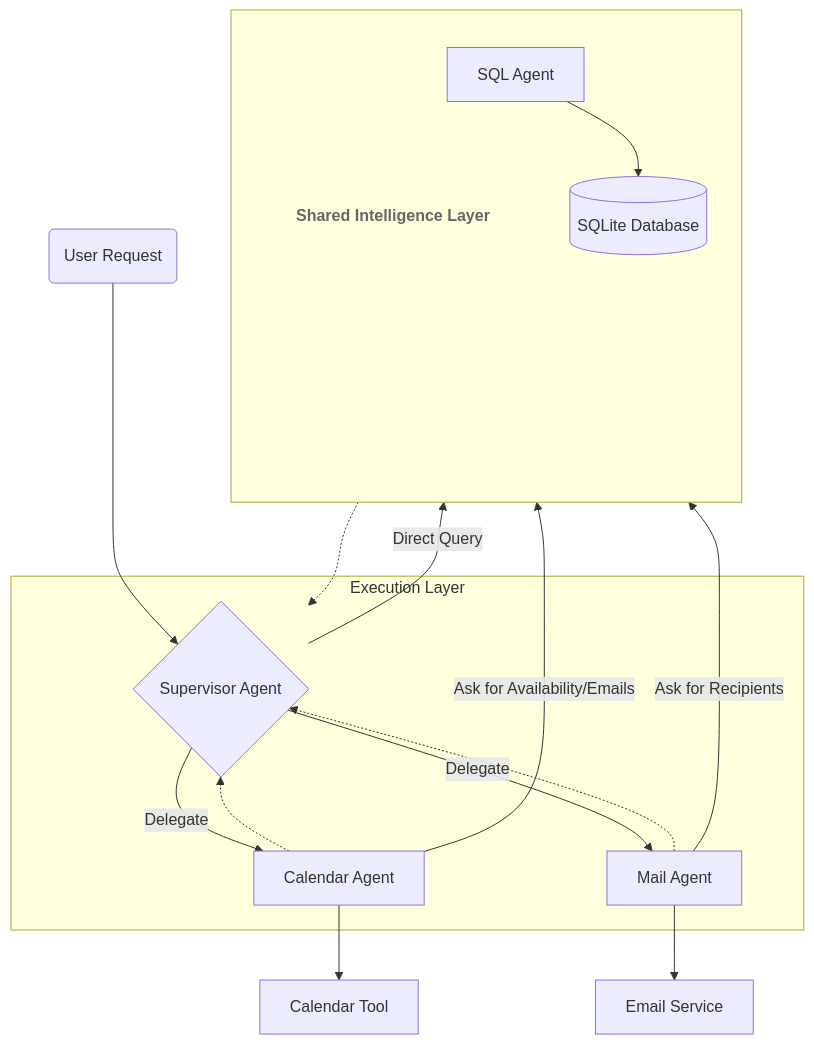
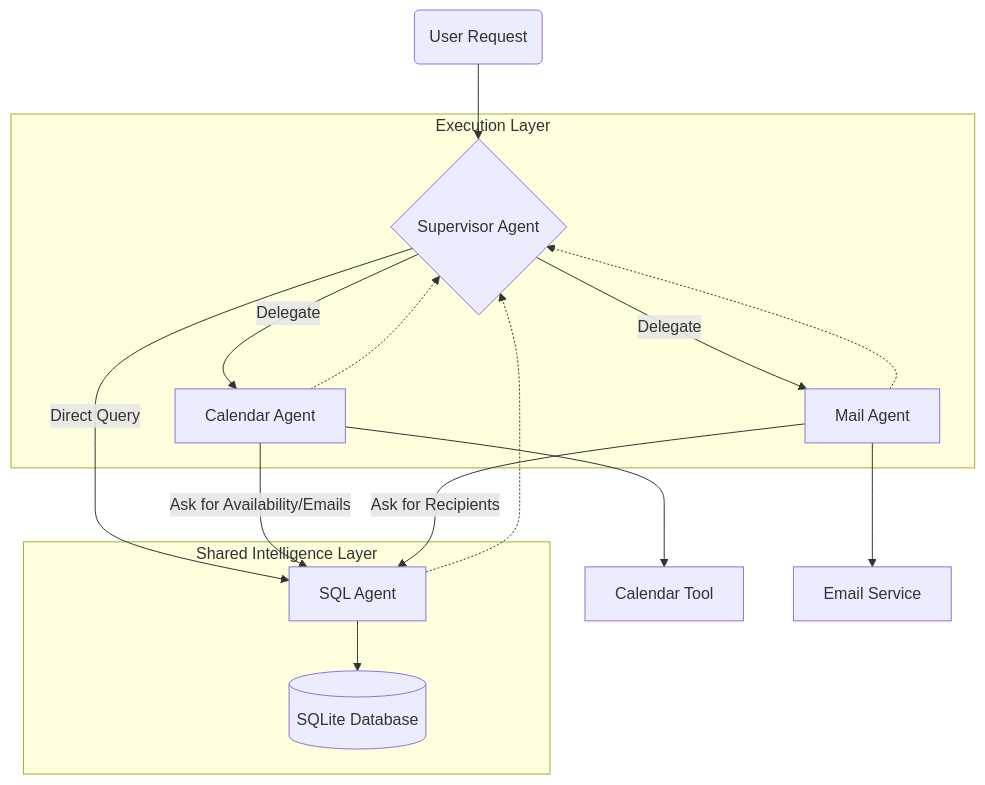
One commit to danielecelsa/mail-calendar-assistant changed the diagram in README.md. Above: the diagram before and after it, drawn with Mermaid.

Commit message:
Readme graph bkp

````diff
--- a/README.md
+++ b/README.md
@@ -45,52 +45,31 @@
 ```mermaid
 graph TD
     User(User Request) --> Supervisor{Supervisor Agent}
     
     subgraph "Execution Layer"
         Supervisor -- "Delegate" --> Cal[Calendar Agent]
         Supervisor -- "Delegate" --> Mail[Mail Agent]
     end
     
-    %% Shared Intelligence Layer
-    subgraph SIL [" "]
-        direction TB
-        
-        %% Core Logic
+    subgraph "Shared Intelligence Layer"
         SQL[SQL Agent]
         DB[(SQLite Database)]
         SQL --> DB
-        
-        %% The Footer Row: [Label] --- [Center Anchor] --- [Right Spacer]
-        %% This creates a rigid horizontal base that forces centering
-        L["Shared Intelligence Layer"] ~~~ Anchor[ ] ~~~ R[ ]
-        
-        %% Force DB to stay centered above the Anchor
-        DB ~~~ Anchor
-        
-        %% Push the footer to the bottom
-        SQL ~~~ L
     end
     
-    %% External Connections
+    %% The Supervisor can call SQL directly
     Supervisor -- "Direct Query" --> SQL
+    
+    %% The CRITICAL part: Workers calling the SQL Agent
     Cal -- "Ask for Availability/Emails" --> SQL
     Mail -- "Ask for Recipients" --> SQL
     
     %% Tools
     Cal --> GCal[Calendar Tool]
     Mail --> SMTP[Email Service]
     
     %% Returns
     Cal -.-> Supervisor
     Mail -.-> Supervisor
     SQL -.-> Supervisor
-
-    %% STYLING
-    %% Label: Font size 16px (Standard Subgraph size), Bold, Aligned Left
-    classDef labelStyle fill:none,stroke:none,color:#666,font-weight:bold,font-size:16px;
-    %% Spacers: Completely invisible
-    classDef spacerStyle fill:none,stroke:none,color:#fff0;
-    
-    class L labelStyle;
-    class Anchor,R spacerStyle;
 ```
````
